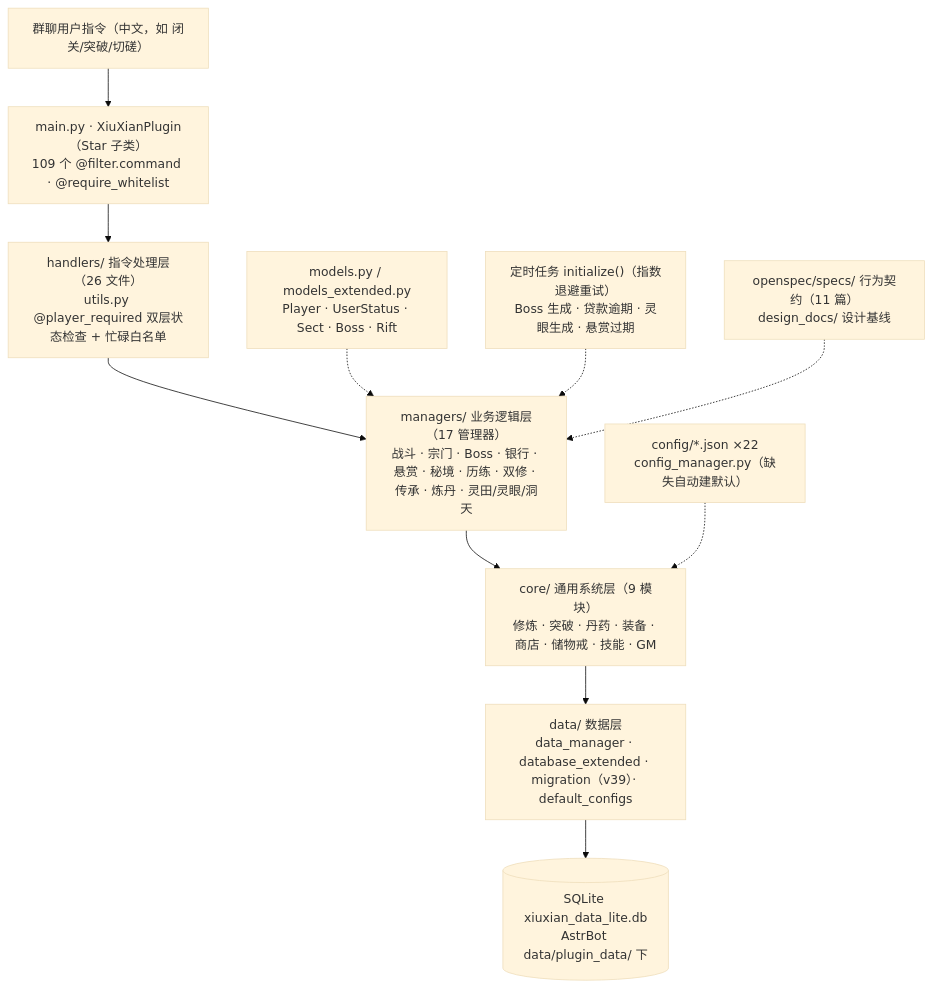
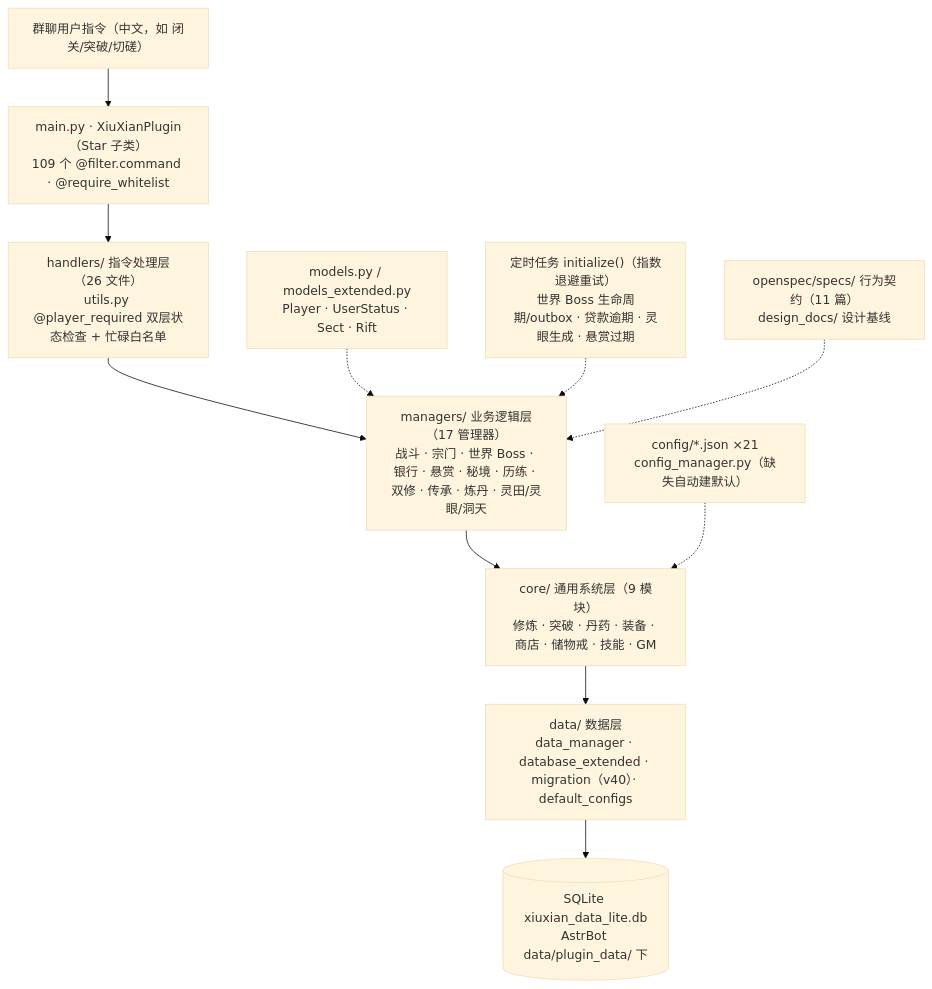
Before and after one commit to fanjinchi/astrbot_plugin_monixiuxian2_2: the diagram in design_docs/project-architecture.md, drawn with Mermaid (base theme). The commit also changed other lines of this file and 70 other files, not shown here.

Commit message:
feat(pve): 激活固定名册与世界 Boss 生命周期

````diff
--- a/design_docs/project-architecture.md
+++ b/design_docs/project-architecture.md
@@ -33,13 +33,13 @@
 ```mermaid
 flowchart TD
     U["群聊用户指令（中文，如 闭关/突破/切磋）"] --> M["main.py · XiuXianPlugin（Star 子类）<br/>109 个 @filter.command · @require_whitelist"]
     M --> H["handlers/ 指令处理层（26 文件）<br/>utils.py @player_required 双层状态检查 + 忙碌白名单"]
-    H --> MG["managers/ 业务逻辑层（17 管理器）<br/>战斗 · 宗门 · Boss · 银行 · 悬赏 · 秘境 · 历练 · 双修 · 传承 · 炼丹 · 灵田/灵眼/洞天"]
+    H --> MG["managers/ 业务逻辑层（17 管理器）<br/>战斗 · 宗门 · 世界 Boss · 银行 · 悬赏 · 秘境 · 历练 · 双修 · 传承 · 炼丹 · 灵田/灵眼/洞天"]
     MG --> C["core/ 通用系统层（9 模块）<br/>修炼 · 突破 · 丹药 · 装备 · 商店 · 储物戒 · 技能 · GM"]
-    C --> D["data/ 数据层<br/>data_manager · database_extended · migration（v39）· default_configs"]
+    C --> D["data/ 数据层<br/>data_manager · database_extended · migration（v40）· default_configs"]
     D --> DB[("SQLite xiuxian_data_lite.db<br/>AstrBot data/plugin_data/ 下")]
-    CFG["config/*.json ×22<br/>config_manager.py（缺失自动建默认）"] -.-> C
-    MD["models.py / models_extended.py<br/>Player · UserStatus · Sect · Boss · Rift"] -.-> MG
-    T["定时任务 initialize()（指数退避重试）<br/>Boss 生成 · 贷款逾期 · 灵眼生成 · 悬赏过期"] -.-> MG
+    CFG["config/*.json ×21<br/>config_manager.py（缺失自动建默认）"] -.-> C
+    MD["models.py / models_extended.py<br/>Player · UserStatus · Sect · Rift"] -.-> MG
+    T["定时任务 initialize()（指数退避重试）<br/>世界 Boss 生命周期/outbox · 贷款逾期 · 灵眼生成 · 悬赏过期"] -.-> MG
     SPEC["openspec/specs/ 行为契约（11 篇）<br/>design_docs/ 设计基线"] -.-> MG
 ```
````
